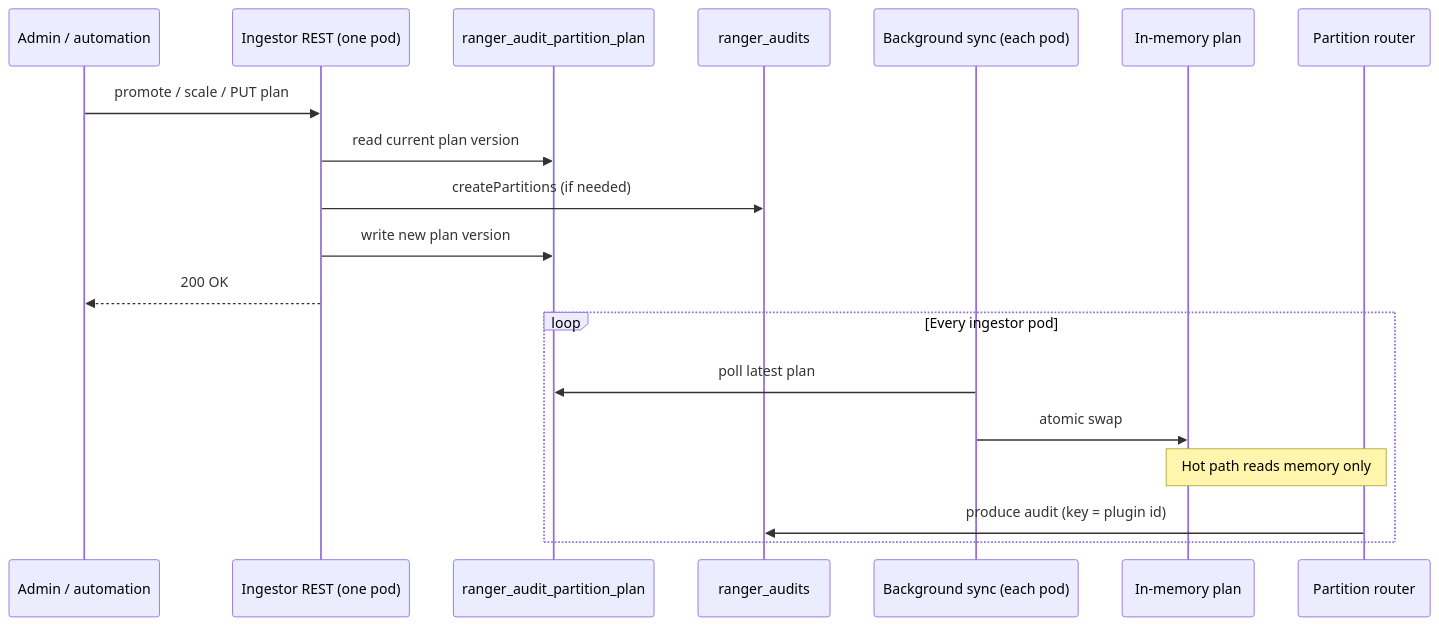
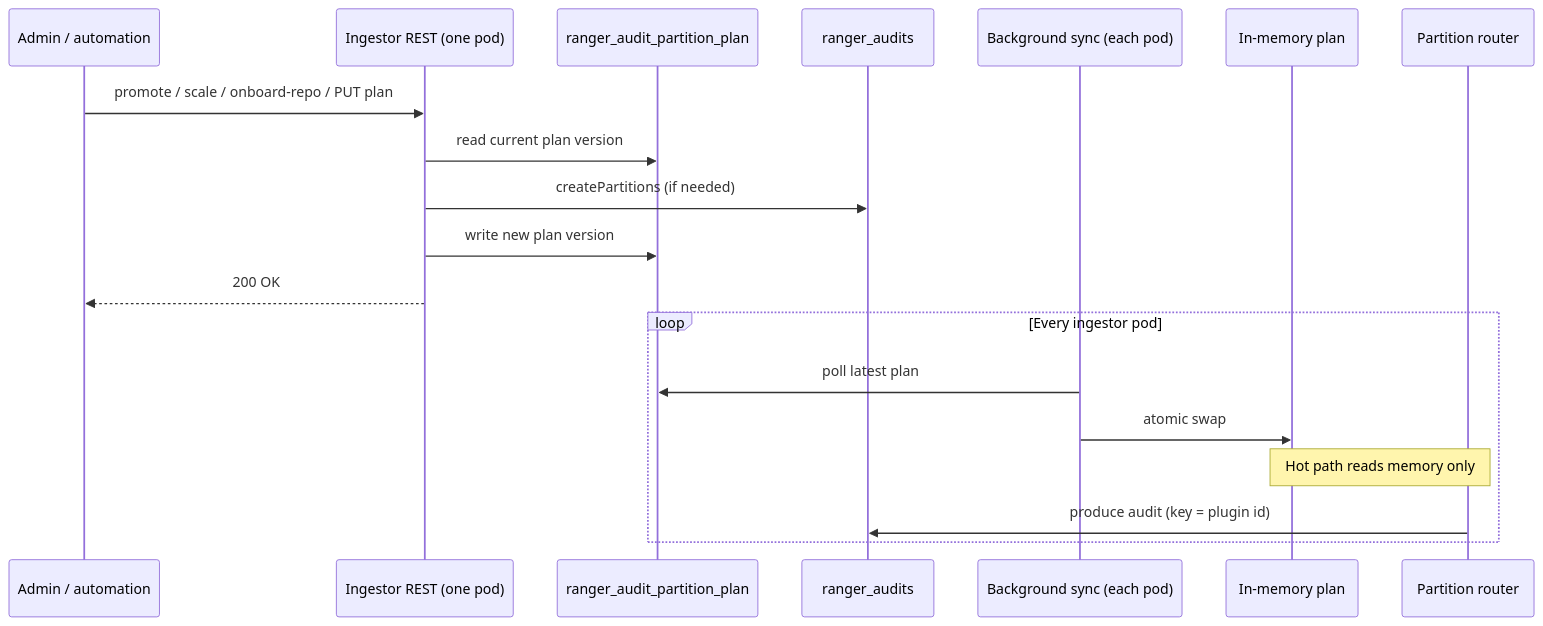
One commit to ramackri/ranger changed the third of 4 diagrams in audit-server/README-KAFKA-DYNAMIC-PARTITIONING-GUIDE.md. Above: the diagram before and after it, drawn with Mermaid. The commit also changed other lines of this file and 23 other files, not shown here.

````diff
--- a/audit-server/README-KAFKA-DYNAMIC-PARTITIONING-GUIDE.md
+++ b/audit-server/README-KAFKA-DYNAMIC-PARTITIONING-GUIDE.md
@@ -305,23 +341,23 @@
 ```mermaid
 sequenceDiagram
   participant Admin as Admin / automation
   participant REST as Ingestor REST (one pod)
   participant Plan as ranger_audit_partition_plan
   participant Audit as ranger_audits
   participant W as Background sync (each pod)
   participant Mem as In-memory plan
   participant Part as Partition router
 
-  Admin->>REST: promote / scale / PUT plan
+  Admin->>REST: promote / scale / onboard-repo / PUT plan
   REST->>Plan: read current plan version
   REST->>Audit: createPartitions (if needed)
   REST->>Plan: write new plan version
   REST-->>Admin: 200 OK
 
   loop Every ingestor pod
     W->>Plan: poll latest plan
     W->>Mem: atomic swap
     Note over Part,Mem: Hot path reads memory only
     Part->>Audit: produce audit (key = plugin id)
   end
 ```
````
